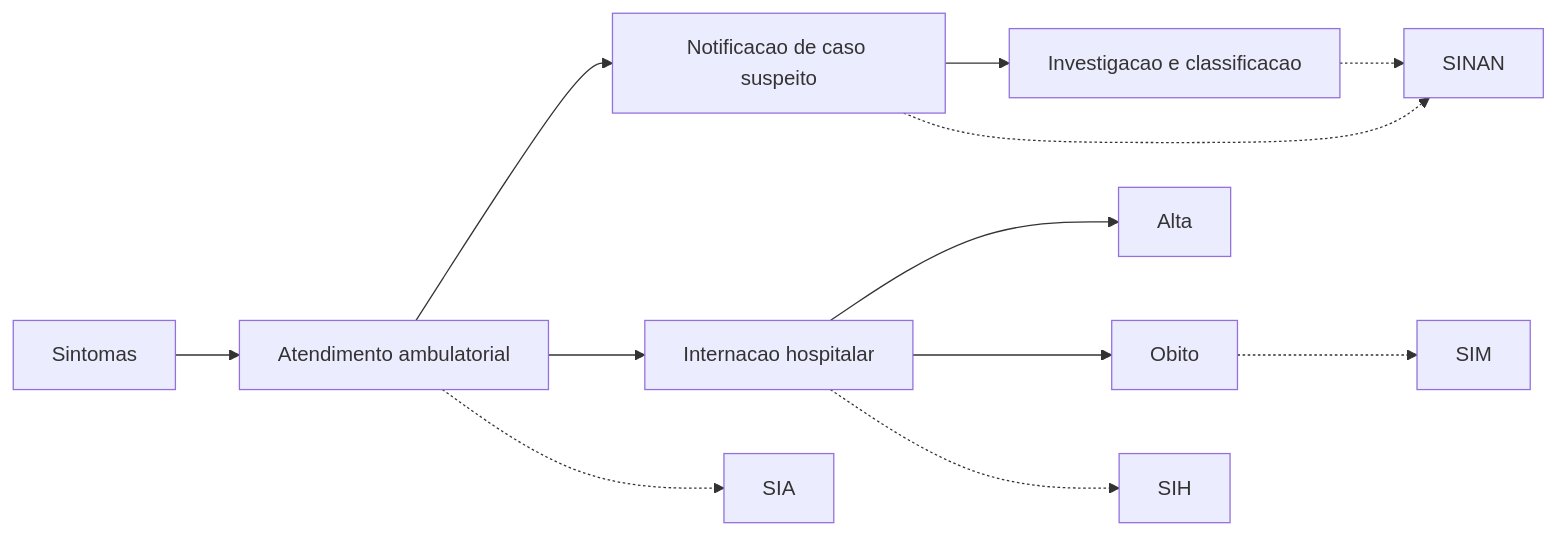
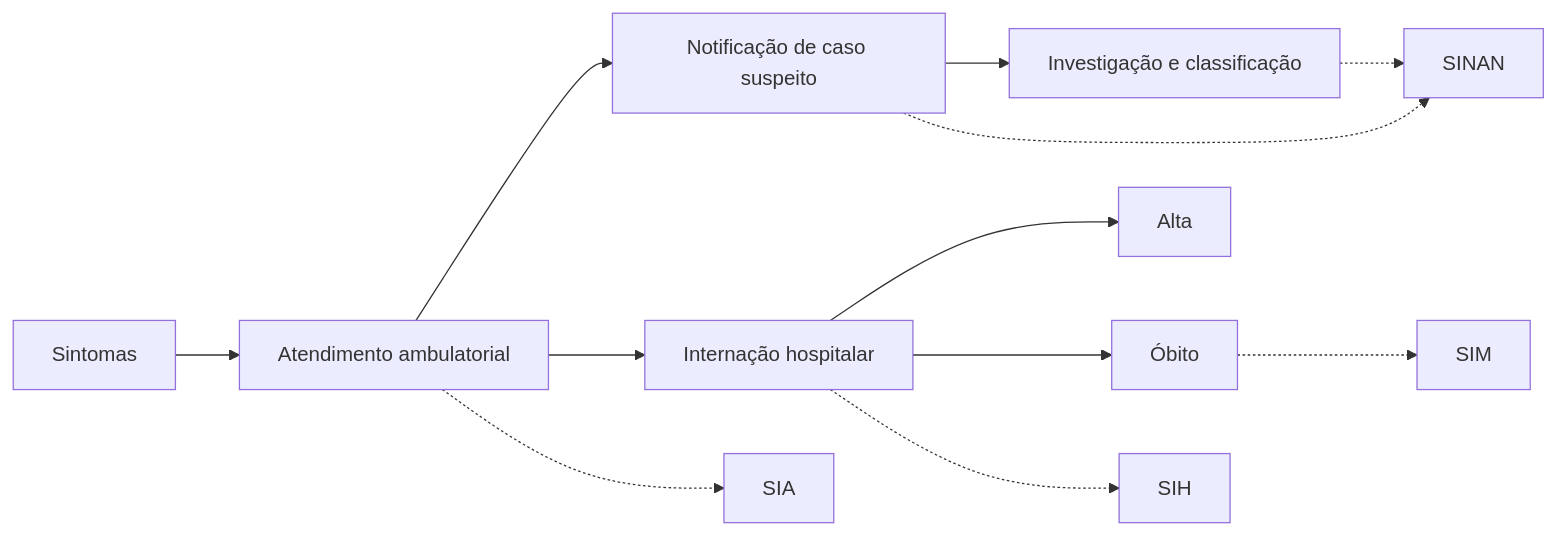
The diagram in eventos.qmd (rfsaldanha/sis), drawn with Mermaid before and after one commit. The commit also changed other lines of this file and 65 other files, not shown here.

````diff
--- a/eventos.qmd
+++ b/eventos.qmd
@@ -99,17 +99,17 @@
 ```{mermaid}
 %%| fig-cap: "Eventos de saúde e possíveis sistemas de registro no exemplo da dengue"
 %%| label: fig-eventos-dengue
 flowchart LR
   sint[Sintomas] --> atend[Atendimento ambulatorial]
-  atend --> notif[Notificacao de caso suspeito]
-  notif --> invest[Investigacao e classificacao]
-  atend --> intern[Internacao hospitalar]
+  atend --> notif[Notificação de caso suspeito]
+  notif --> invest[Investigação e classificação]
+  atend --> intern[Internação hospitalar]
   intern --> alta[Alta]
-  intern --> obito[Obito]
+  intern --> obito[Óbito]
 
   atend -.-> SIA[SIA]
   notif -.-> SINAN[SINAN]
   invest -.-> SINAN
   intern -.-> SIH[SIH]
   obito -.-> SIM[SIM]
 ```
````
